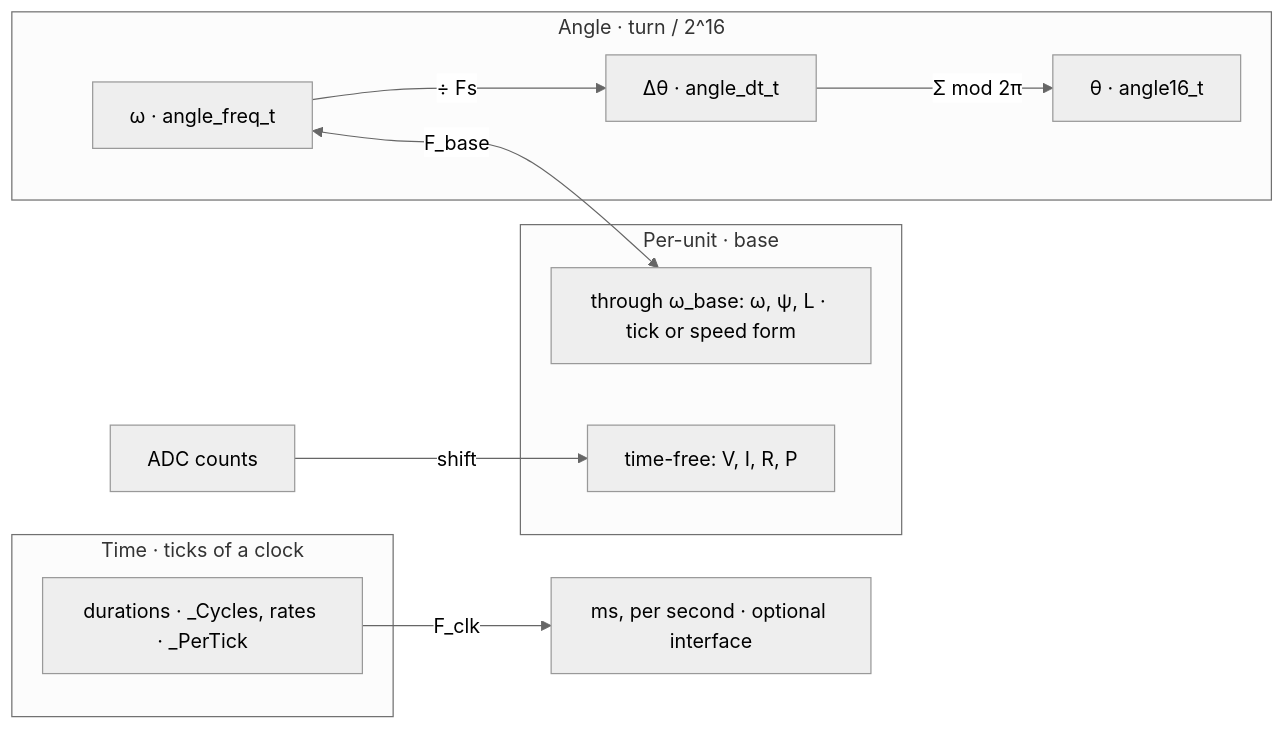
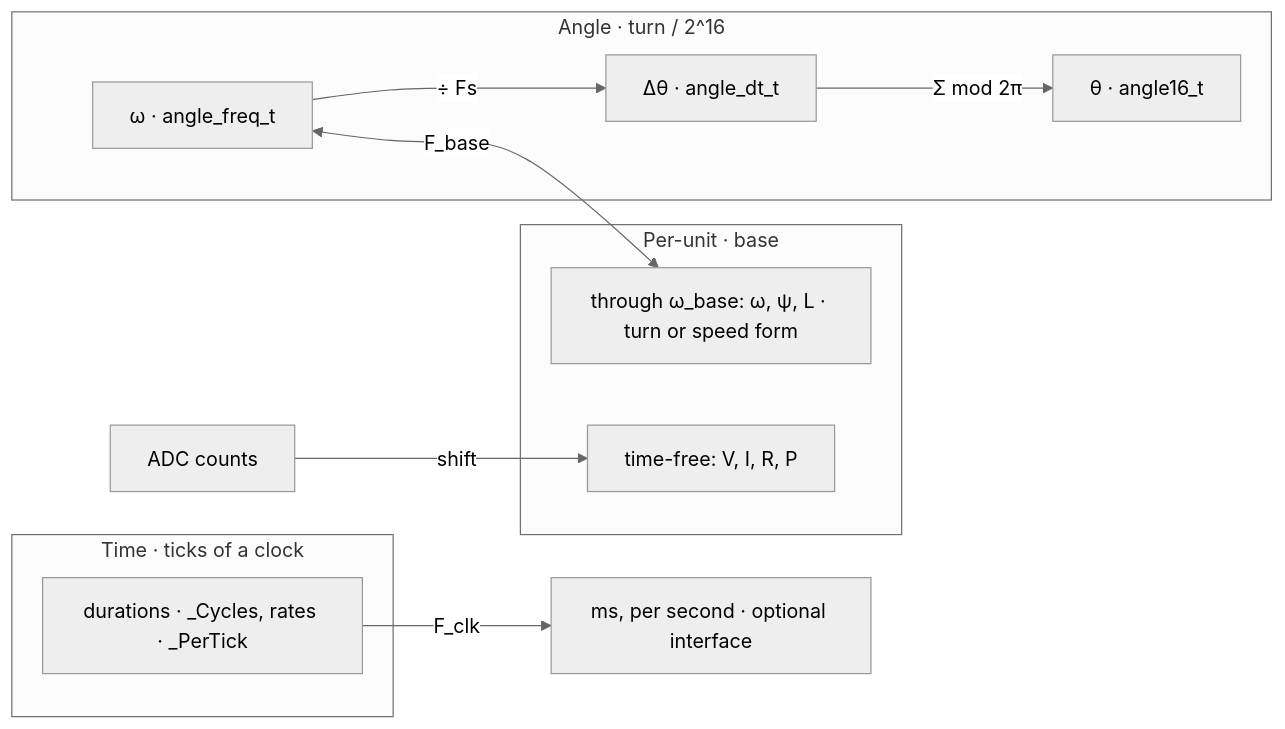
Before and after one commit to FireSourcery/FireSourcery_Library: the diagram in Motor/Docs/FixedPoint.md, drawn with Mermaid (neutral theme). The commit also changed other lines of this file and 26 other files, not shown here.

````diff
--- a/Motor/Docs/FixedPoint.md
+++ b/Motor/Docs/FixedPoint.md
@@ -19,19 +19,19 @@
 ```mermaid
 flowchart LR
     ADC["ADC counts"] -->|"shift"| V
     subgraph PU["Per-unit · base"]
         V["time-free: V, I, R, P"]
-        W["through ω_base: ω, ψ, L · tick or speed form"]
+        W["through ω_base: ω, ψ, L · turn or speed form"]
     end
     subgraph ANG["Angle · turn / 2^16"]
         F["ω · angle_freq_t"]
         DT["Δθ · angle_dt_t"]
         TH["θ · angle16_t"]
     end
     subgraph TIME["Time · ticks of a clock"]
         TK["durations · _Cycles, rates · _PerTick"]
     end
     F -->|"÷ Fs"| DT -->|"Σ mod 2π"| TH
     F <-->|"F_base"| W
     TK -->|"F_clk"| MS["ms, per second · optional interface"]
 ```
````
